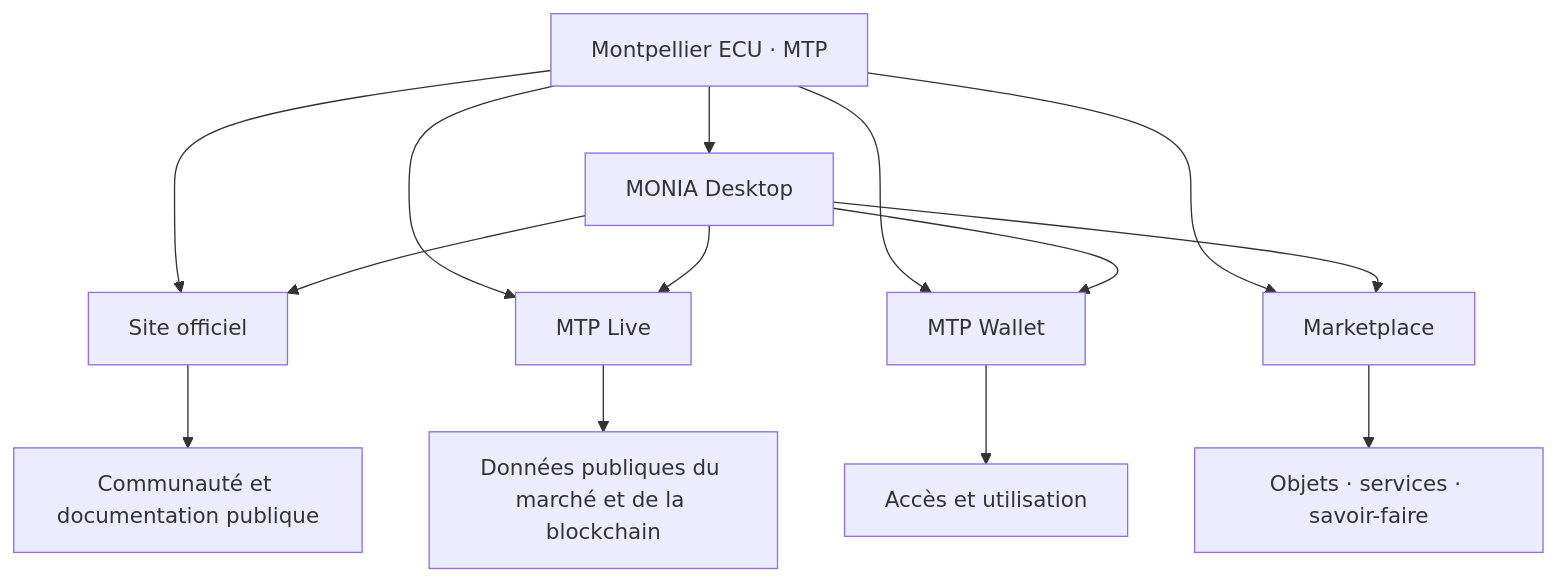
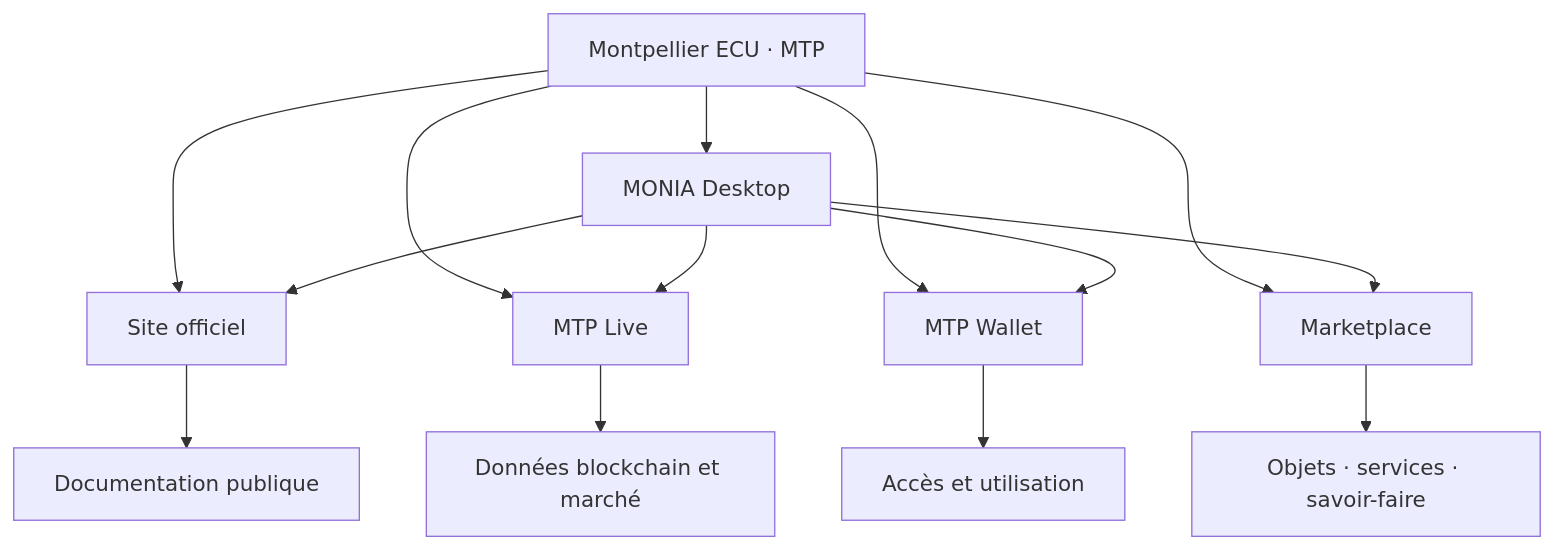
One commit to jedi566666/MontpellierECU changed the second of 2 diagrams in README_FR.md. Above: the diagram before and after it, drawn with Mermaid. The commit also changed other lines of this file and 3 other files, not shown here.

````diff
--- a/README_FR.md
+++ b/README_FR.md
@@ -115,16 +97,16 @@
 ```mermaid
 flowchart TD
     MTP["Montpellier ECU · MTP"] --> SITE["Site officiel"]
     MTP --> LIVE["MTP Live"]
     MTP --> WALLET["MTP Wallet"]
     MTP --> MARKET["Marketplace"]
     MTP --> MONIA["MONIA Desktop"]
-    SITE --> COMMUNITY["Communauté et documentation publique"]
-    LIVE --> DATA["Données publiques du marché et de la blockchain"]
-    WALLET --> USE["Accès et utilisation"]
+    SITE --> DOCS["Documentation publique"]
+    LIVE --> DATA["Données blockchain et marché"]
+    WALLET --> ACCESS["Accès et utilisation"]
     MARKET --> ECONOMY["Objets · services · savoir-faire"]
     MONIA --> SITE
     MONIA --> LIVE
     MONIA --> WALLET
     MONIA --> MARKET
 ```
````
